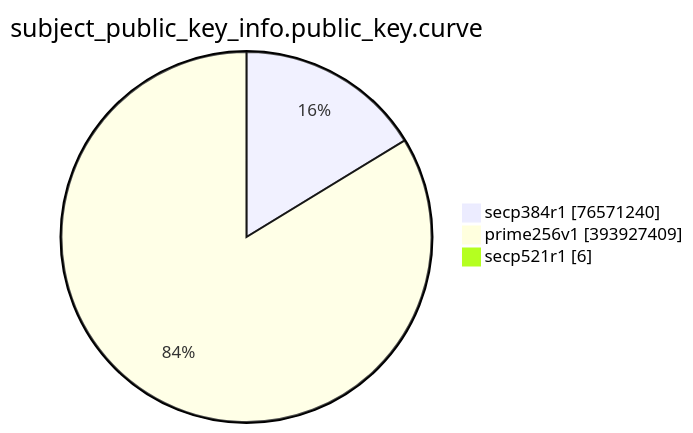
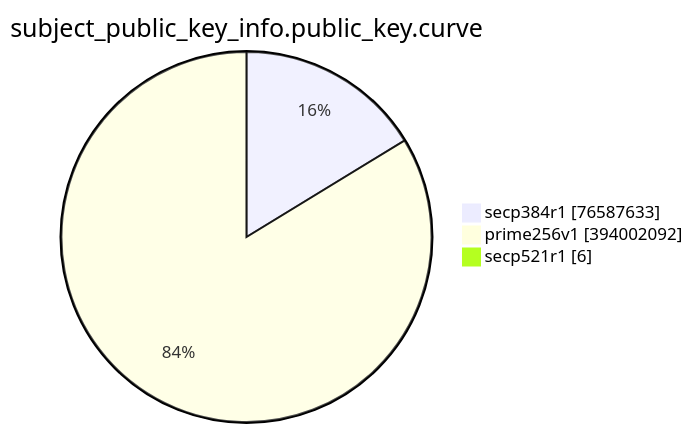
Before and after one commit to christiankrug/ctmonitor_visualization: the eighth of 15 diagrams in TOTAL/README.md, drawn with Mermaid. The commit also changed other lines of this file, not shown here.

````diff
--- a/TOTAL/README.md
+++ b/TOTAL/README.md
@@ -3094,7 +3094,7 @@
 ```mermaid
 pie showData
 title subject_public_key_info.public_key.curve
-"secp384r1" :76571240
-"prime256v1" :393927409
+"secp384r1" :76587633
+"prime256v1" :394002092
 "secp521r1" :6
 ```
````
